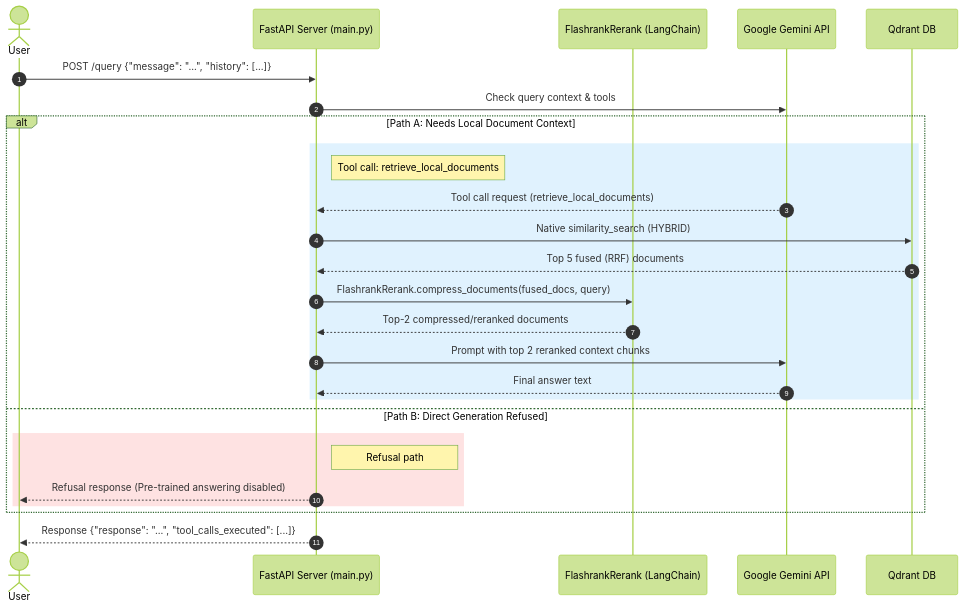
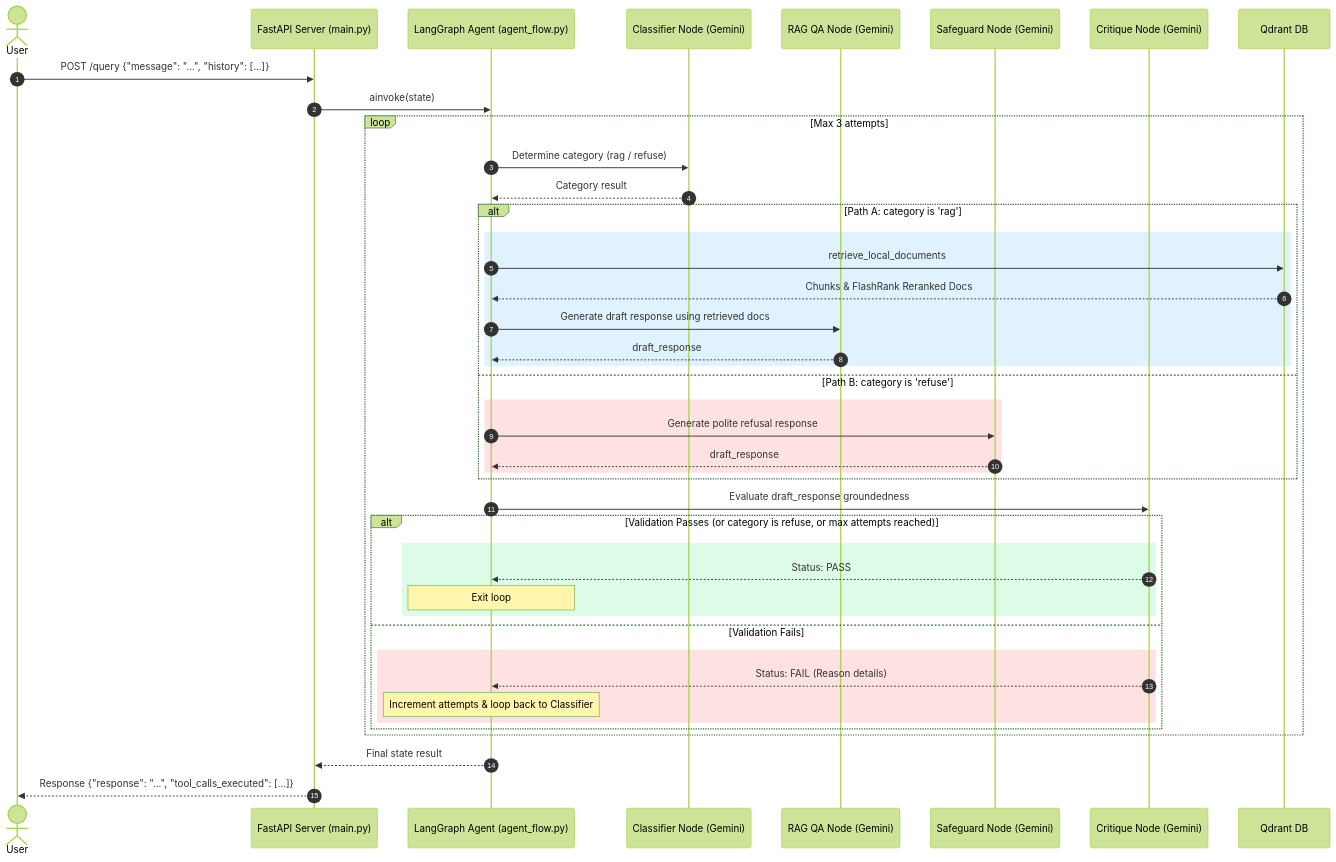
Before and after one commit to boycececil666gmailcom/rag-chatbot: the fourth of 4 diagrams in README.md, drawn with Mermaid (forest theme). The commit also changed other lines of this file and 7 other files, not shown here.

Commit message:
feat: implement RAG agent flow with classification, retrieval, and critique nodes alongside unit tests

````diff
--- a/README.md
+++ b/README.md
@@ -142,35 +146,51 @@
 ```mermaid
 sequenceDiagram
     autonumber
     actor User
     participant App as FastAPI Server (main.py)
-    participant Reranker as FlashrankRerank (LangChain)
-    participant Gemini as Google Gemini API
+    participant Graph as LangGraph Agent (agent_flow.py)
+    participant Classifier as Classifier Node (Gemini)
+    participant QA as RAG QA Node (Gemini)
+    participant Safeguard as Safeguard Node (Gemini)
+    participant Critique as Critique Node (Gemini)
     participant VectorStore as Qdrant DB
 
     User->>App: POST /query {"message": "...", "history": [...]}
-    App->>Gemini: Check query context & tools
+    App->>Graph: ainvoke(state)
     
-    alt Path A: Needs Local Document Context
-        rect rgb(224, 242, 254)
-            note right of App: Tool call: retrieve_local_documents
-            Gemini-->>App: Tool call request (retrieve_local_documents)
-            
-            App->>VectorStore: Native similarity_search (HYBRID)
-            VectorStore-->>App: Top 5 fused (RRF) documents
-            
-            App->>Reranker: FlashrankRerank.compress_documents(fused_docs, query)
-            Reranker-->>App: Top-2 compressed/reranked documents
-            
-            App->>Gemini: Prompt with top 2 reranked context chunks
-            Gemini-->>App: Final answer text
+    loop Max 3 attempts
+        Graph->>Classifier: Determine category (rag / refuse)
+        Classifier-->>Graph: Category result
+        
+        alt Path A: category is 'rag'
+            rect rgb(224, 242, 254)
+                Graph->>VectorStore: retrieve_local_documents
+                VectorStore-->>Graph: Chunks & FlashRank Reranked Docs
+                Graph->>QA: Generate draft response using retrieved docs
+                QA-->>Graph: draft_response
+            end
+        else Path B: category is 'refuse'
+            rect rgb(254, 226, 226)
+                Graph->>Safeguard: Generate polite refusal response
+                Safeguard-->>Graph: draft_response
+            end
         end
-    else Path B: Direct Generation Refused
-        rect rgb(254, 226, 226)
-            note right of App: Refusal path
-            App-->>User: Refusal response (Pre-trained answering disabled)
+        
+        Graph->>Critique: Evaluate draft_response groundedness
+        
+        alt Validation Passes (or category is refuse, or max attempts reached)
+            rect rgb(220, 252, 231)
+                Critique-->>Graph: Status: PASS
+                Note over Graph: Exit loop
+            end
+        else Validation Fails
+            rect rgb(254, 226, 226)
+                Critique-->>Graph: Status: FAIL (Reason details)
+                Note over Graph: Increment attempts & loop back to Classifier
+            end
         end
     end
     
+    Graph-->>App: Final state result
     App-->>User: Response {"response": "...", "tool_calls_executed": [...]}
 ```
````
